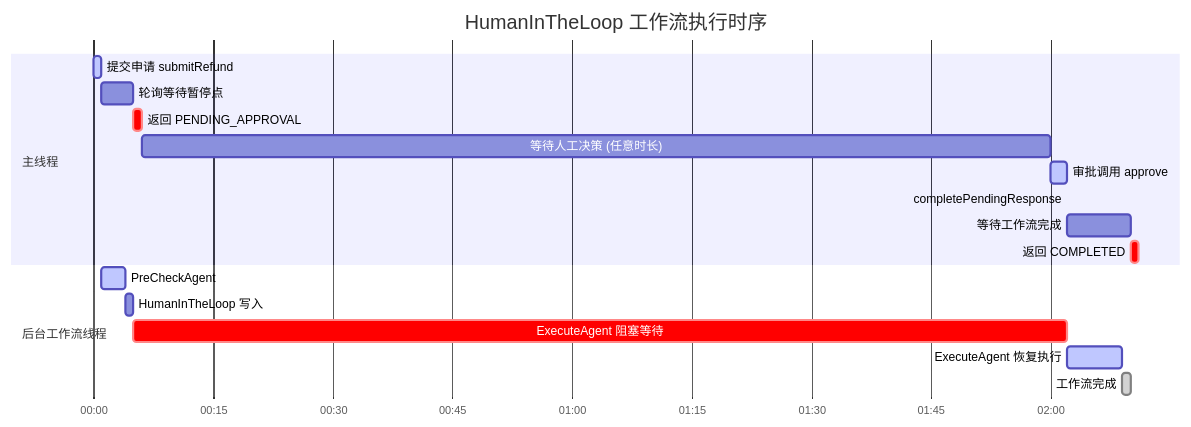
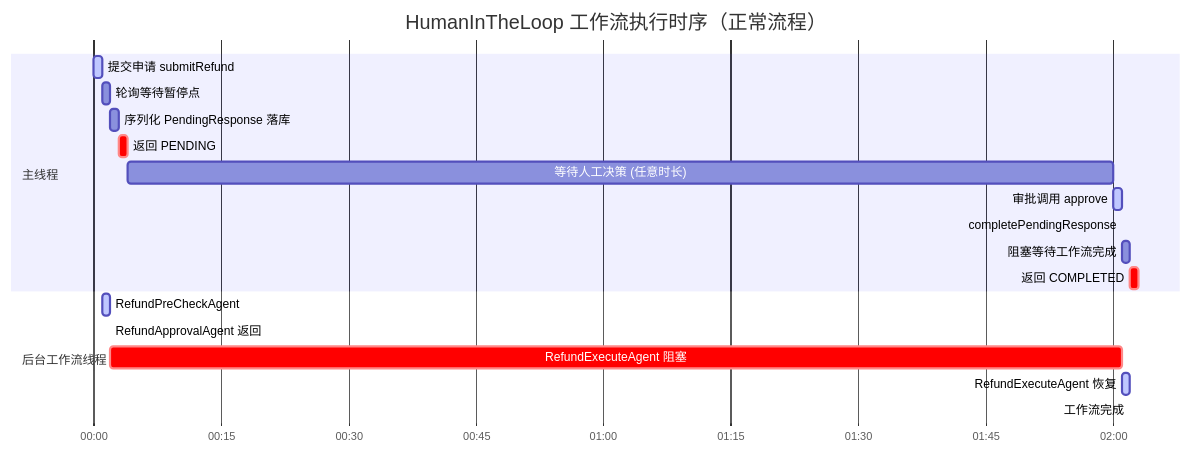
Before and after one commit to stickgoal/trainning: diagram 12 of 13 in ai/langchain4j-agentic/agent-orchestration-tutorial.md, drawn with Mermaid. The commit also changed other lines of this file, not shown here.

First line of the commit message:
docs: 教程第9章同步为 @HumanInTheLoop 注解 + PendingResponse 实现

````diff
--- a/ai/langchain4j-agentic/agent-orchestration-tutorial.md
+++ b/ai/langchain4j-agentic/agent-orchestration-tutorial.md
@@ -1032,23 +1211,24 @@
 ```mermaid
 gantt
-    title HumanInTheLoop 工作流执行时序
+    title HumanInTheLoop 工作流执行时序（正常流程）
     dateFormat HH:mm:ss
     axisFormat %M:%S
-    
+
     section 主线程
-    提交申请 submitRefund    :active, t1, 00:00:00, 00:00:01
-    轮询等待暂停点           :t2, 00:00:01, 00:00:05
-    返回 PENDING_APPROVAL    :crit, t3, 00:00:05, 00:00:06
-    等待人工决策 (任意时长)  :t4, 00:00:06, 00:02:00
-    审批调用 approve         :active, t5, 00:02:00, 00:02:02
-    completePendingResponse  :t6, 00:02:02, 00:02:02
-    等待工作流完成           :t7, 00:02:02, 00:02:10
-    返回 COMPLETED           :crit, t8, 00:02:10, 00:02:11
-    
+    提交申请 submitRefund       :active, t1, 00:00:00, 00:00:01
+    轮询等待暂停点              :t2, 00:00:01, 00:00:02
+    序列化 PendingResponse 落库 :t3, 00:00:02, 00:00:03
+    返回 PENDING                :crit, t4, 00:00:03, 00:00:04
+    等待人工决策 (任意时长)     :t5, 00:00:04, 00:02:00
+    审批调用 approve            :active, t6, 00:02:00, 00:02:01
+    completePendingResponse     :t7, 00:02:01, 00:02:01
+    阻塞等待工作流完成          :t8, 00:02:01, 00:02:02
+    返回 COMPLETED              :crit, t9, 00:02:02, 00:02:03
+
     section 后台工作流线程
-    PreCheckAgent            :active, w1, 00:00:01, 00:00:04
-    HumanInTheLoop 写入      :w2, 00:00:04, 00:00:05
-    ExecuteAgent 阻塞等待    :crit, w3, 00:00:05, 00:02:02
-    ExecuteAgent 恢复执行    :active, w4, 00:02:02, 00:02:09
-    工作流完成               :done, w5, 00:02:09, 00:02:10
+    RefundPreCheckAgent         :active, w1, 00:00:01, 00:00:02
+    RefundApprovalAgent 返回    :w2, 00:00:02, 00:00:02
+    RefundExecuteAgent 阻塞     :crit, w3, 00:00:02, 00:02:01
+    RefundExecuteAgent 恢复     :active, w4, 00:02:01, 00:02:02
+    工作流完成                  :done, w5, 00:02:02, 00:02:02
 ```
````
